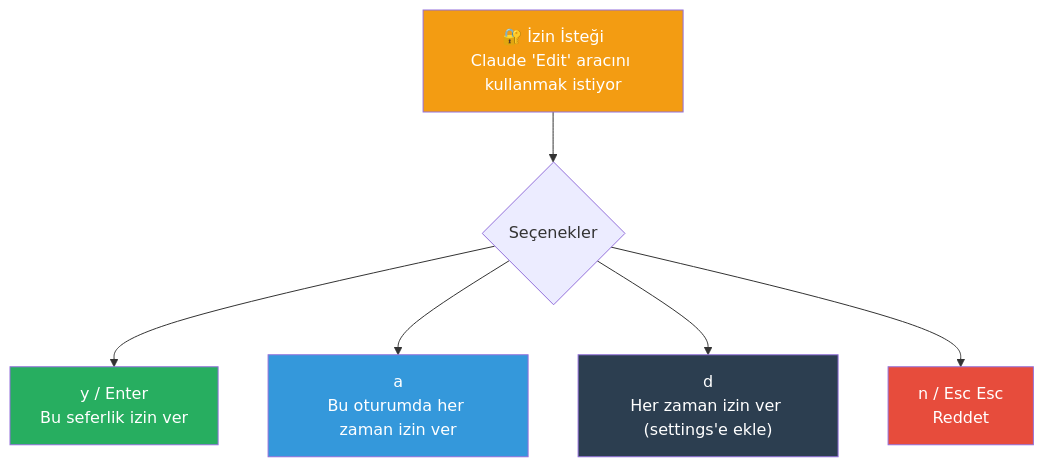
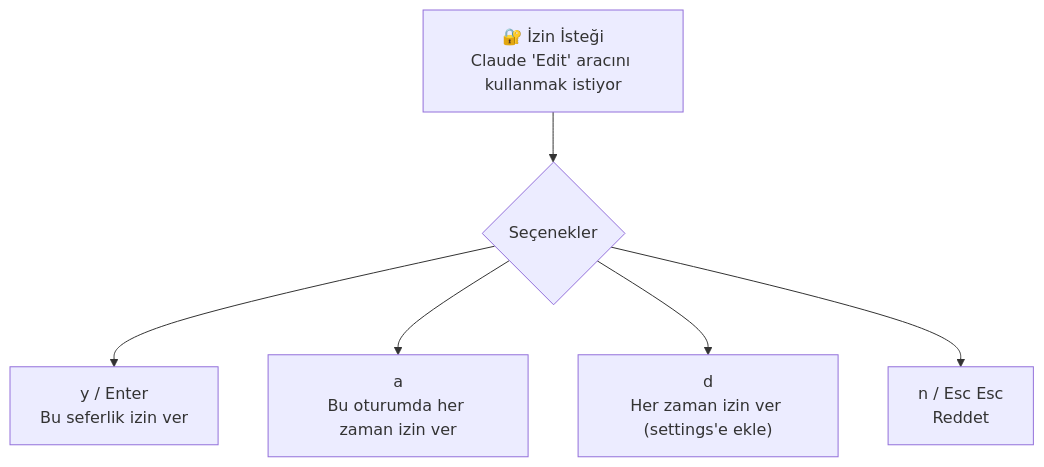
One commit to IzzetYasinAtes/ClaudeCodeHandbook changed the second of 4 diagrams in 17-konfigurasyon/07-klavye-kisayollari.md. Above: the diagram before and after it, drawn with Mermaid. The commit also changed other lines of this file and 97 other files, not shown here.

Commit message:
Remove all custom Mermaid style/fill colors from 98 markdown files for consistent dark theme rendering

````diff
--- a/17-konfigurasyon/07-klavye-kisayollari.md
+++ b/17-konfigurasyon/07-klavye-kisayollari.md
@@ -69,14 +66,9 @@
 ```mermaid
 flowchart TD
     PROMPT["🔐 İzin İsteği<br/>Claude 'Edit' aracını kullanmak istiyor"] --> OPTIONS{"Seçenekler"}
     OPTIONS --> Y["y / Enter<br/>Bu seferlik izin ver"]
     OPTIONS --> A["a<br/>Bu oturumda her zaman izin ver"]
     OPTIONS --> D["d<br/>Her zaman izin ver (settings'e ekle)"]
     OPTIONS --> N["n / Esc Esc<br/>Reddet"]
 
-    style PROMPT fill:#F39C12,color:#fff
-    style Y fill:#27AE60,color:#fff
-    style A fill:#3498DB,color:#fff
-    style D fill:#2C3E50,color:#fff
-    style N fill:#E74C3C,color:#fff
 ```
````
